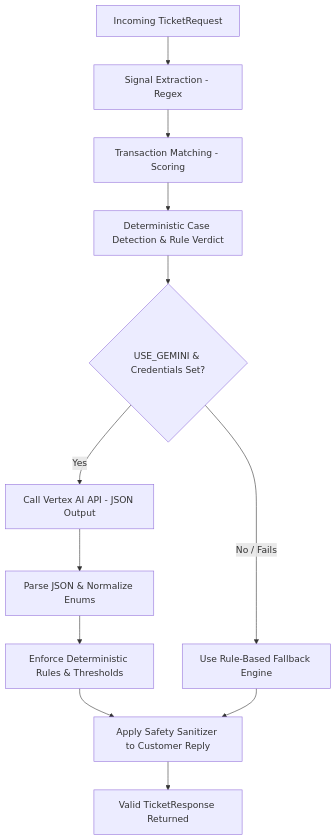
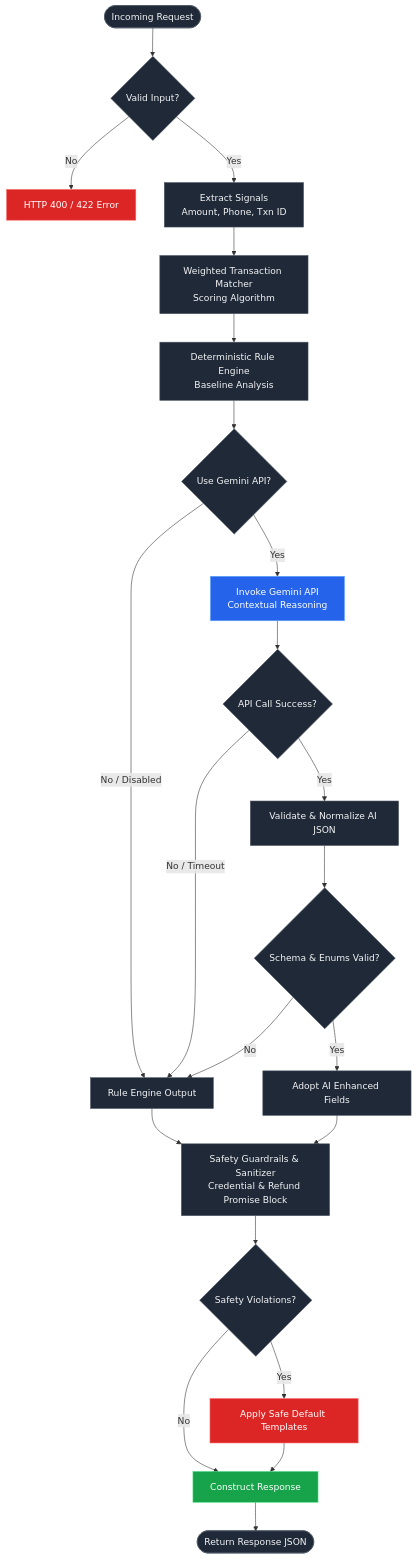
Before and after one commit to towfiq-rakin/sust-hackathon: the diagram in README.md, drawn with Mermaid. The commit also changed other lines of this file and 10 other files, not shown here.

Commit message:
feat: implement response sanitization for recommended actions and improve confidence score clamping in analyzer and safety modules

````diff
--- a/README.md
+++ b/README.md
@@ -135,14 +25,36 @@
 ```mermaid
-graph TD
-    A[Incoming TicketRequest] --> B[Signal Extraction - Regex]
-    B --> C[Transaction Matching - Scoring]
-    C --> D[Deterministic Case Detection & Rule Verdict]
-    D --> E{USE_GEMINI & Credentials Set?}
-    E -- Yes --> F[Call Vertex AI API - JSON Output]
-    F --> G[Parse JSON & Normalize Enums]
-    G --> H[Enforce Deterministic Rules & Thresholds]
-    H --> I[Apply Safety Sanitizer to Customer Reply]
-    E -- No / Fails --> J[Use Rule-Based Fallback Engine]
-    J --> I
-    I --> K[Valid TicketResponse Returned]
+flowchart TD
+    classDef default fill:#1f2937,stroke:#4b5563,stroke-width:1px,color:#f3f4f6;
+    classDef highlight fill:#2563eb,stroke:#60a5fa,stroke-width:1px,color:#ffffff;
+    classDef danger fill:#dc2626,stroke:#f87171,stroke-width:1px,color:#ffffff;
+    classDef success fill:#16a34a,stroke:#4ade80,stroke-width:1px,color:#ffffff;
+
+    Start([Incoming Request]) --> Validate{Valid Input?}
+    Validate -- No --> Reject[HTTP 400 / 422 Error]:::danger
+    Validate -- Yes --> Extract[Extract Signals<br/>Amount, Phone, Txn ID]
+    
+    Extract --> Match[Weighted Transaction Matcher<br/>Scoring Algorithm]
+    Match --> Engine[Deterministic Rule Engine<br/>Baseline Analysis]
+    
+    Engine --> CheckAI{Use Gemini API?}
+    CheckAI -- No / Disabled --> Fallback[Rule Engine Output]
+    CheckAI -- Yes --> CallAI[Invoke Gemini API<br/>Contextual Reasoning]:::highlight
+    
+    CallAI --> CheckAIResult{API Call Success?}
+    CheckAIResult -- No / Timeout --> Fallback
+    CheckAIResult -- Yes --> ValidateAI[Validate & Normalize AI JSON]
+    
+    ValidateAI --> CheckAISchema{Schema & Enums Valid?}
+    CheckAISchema -- No --> Fallback
+    CheckAISchema -- Yes --> Merge[Adopt AI Enhanced Fields]
+    
+    Fallback --> Safety[Safety Guardrails & Sanitizer<br/>Credential & Refund Promise Block]
+    Merge --> Safety
+    
+    Safety --> CheckSafety{Safety Violations?}
+    CheckSafety -- Yes --> Sanitize[Apply Safe Default Templates]:::danger
+    CheckSafety -- No --> Output[Construct Response]:::success
+    Sanitize --> Output
+    
+    Output --> End([Return Response JSON])
 ```
````
